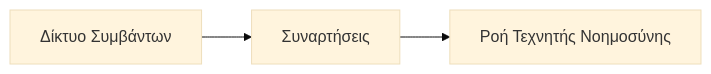
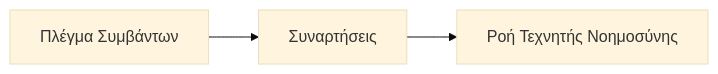
Before and after one commit to microsoft/AZD-for-beginners: the second of 2 diagrams in translations/el/docs/chapter-08-production/README.md, drawn with Mermaid (base theme). The commit also changed other lines of this file and 104 other files, not shown here.

````diff
--- a/translations/el/docs/chapter-08-production/README.md
+++ b/translations/el/docs/chapter-08-production/README.md
@@ -56,4 +57,4 @@
 ```mermaid
 graph LR
-    EventGrid[Δίκτυο Συμβάντων] --> Functions[Συναρτήσεις] --> Pipeline[Ροή Τεχνητής Νοημοσύνης]
+    EventGrid[Πλέγμα Συμβάντων] --> Functions[Συναρτήσεις] --> Pipeline[Ροή Τεχνητής Νοημοσύνης]
 ```
````
